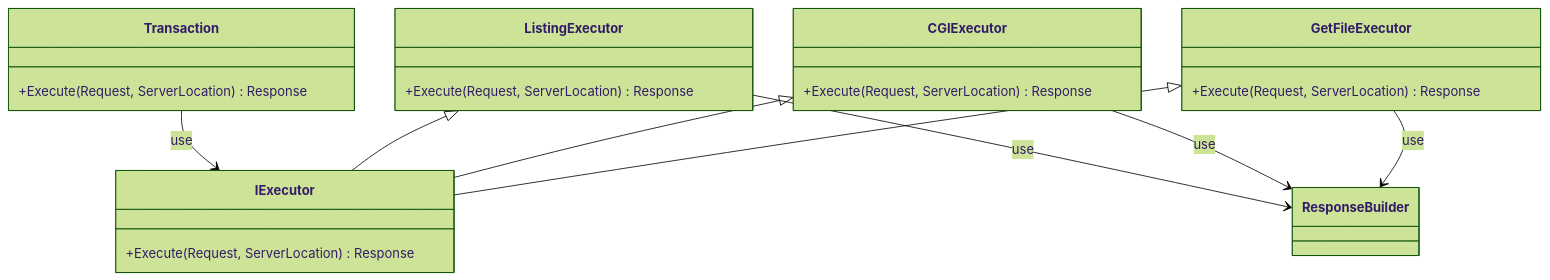
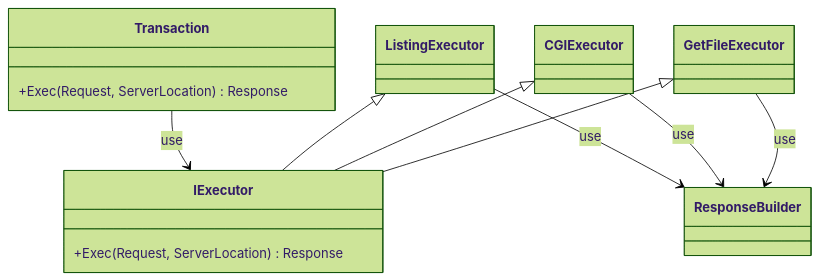
The diagram in docs/class/transaction_class.md (katataku/webserv), drawn with Mermaid (forest theme) before and after one commit. The commit also changed other lines of this file and 1 other file, not shown here.

````diff
--- a/docs/class/transaction_class.md
+++ b/docs/class/transaction_class.md
@@ -1,33 +1,30 @@
 ```mermaid
 classDiagram
     GetFileExecutor <|-- IExecutor
     CGIExecutor <|-- IExecutor
     ListingExecutor <|-- IExecutor
 
     Transaction --> IExecutor : use
     GetFileExecutor --> ResponseBuilder : use
     CGIExecutor --> ResponseBuilder : use
     ListingExecutor --> ResponseBuilder : use
 
     class GetFileExecutor {
-        +Execute(Request, ServerLocation) Response
     }
 
     class CGIExecutor {
-        +Execute(Request, ServerLocation) Response
     }
 
     class ListingExecutor {
-        +Execute(Request, ServerLocation) Response
     }
 
     class IExecutor {
-        +Execute(Request, ServerLocation) Response
+        +Exec(Request, ServerLocation) Response
     }
 
 
     class Transaction {
-        +Execute(Request, ServerLocation) Response
+        +Exec(Request, ServerLocation) Response
     }
 
 ```
````
